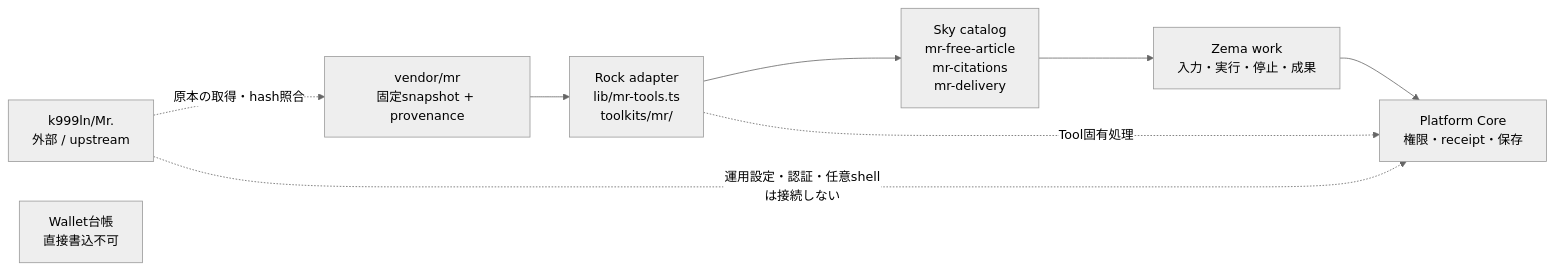
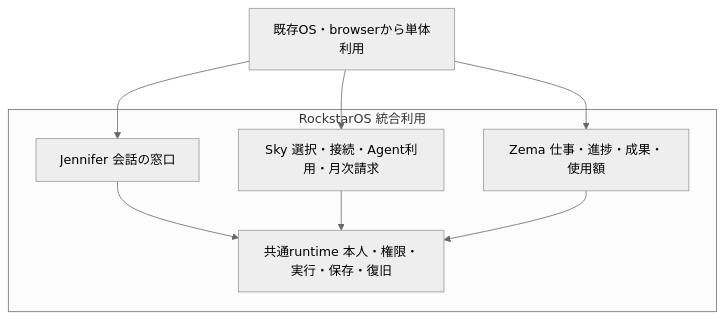
One commit to k999ln/rock changed the first of 4 diagrams in docs/rockstaros-product-system-map.md. Above: the diagram before and after it, drawn with Mermaid (neutral theme). The commit also changed other lines of this file and 1803 other files, not shown here.

````diff
--- a/docs/rockstaros-product-system-map.md
+++ b/docs/rockstaros-product-system-map.md
@@ -111,14 +9,15 @@
 ```mermaid
-flowchart LR
-  MR[k999ln/Mr.\n外部 / upstream]
-  SNAP[vendor/mr\n固定snapshot + provenance]
-  ADAPTER[Rock adapter\nlib/mr-tools.ts\ntoolkits/mr/]
-  SKY[Sky catalog\nmr-free-article\nmr-citations\nmr-delivery]
-  ZEMA[Zema work\n入力・実行・停止・成果]
-  CORE[Platform Core\n権限・receipt・保存]
-  WALLET[Wallet台帳\n直接書込不可]
-  MR -. 原本の取得・hash照合 .-> SNAP
-  SNAP --> ADAPTER --> SKY --> ZEMA --> CORE
-  MR -. 運用設定・認証・任意shellは接続しない .-> CORE
-  ADAPTER -. Tool固有処理 .-> CORE
+flowchart TB
+  subgraph OS[RockstarOS 統合利用]
+    J[Jennifer 会話の窓口]
+    S[Sky 選択・接続・Agent利用・月次請求]
+    Z[Zema 仕事・進捗・成果・使用額]
+    R[共通runtime 本人・権限・実行・保存・復旧]
+    J --> R
+    S --> R
+    Z --> R
+  end
+  U[既存OS・browserから単体利用] --> J
+  U --> S
+  U --> Z
 ```
````
